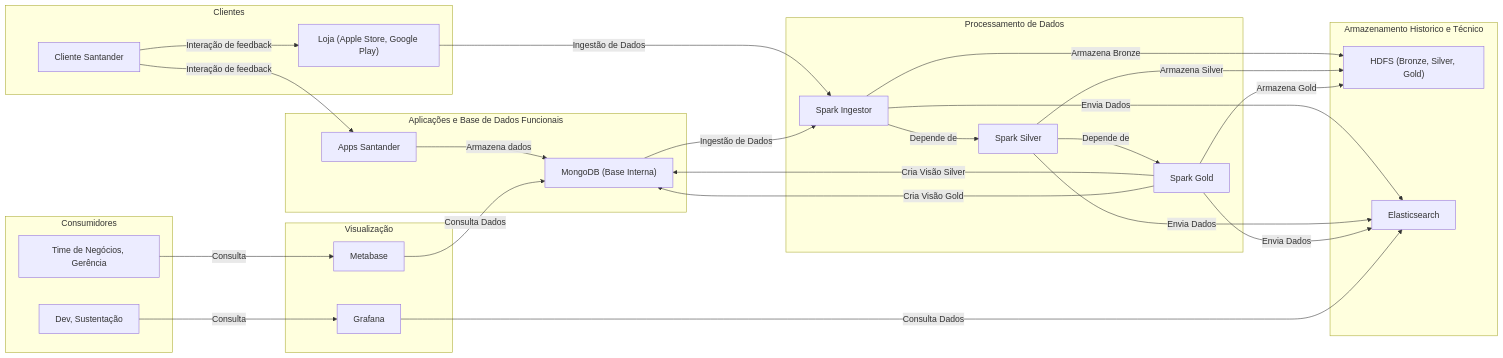
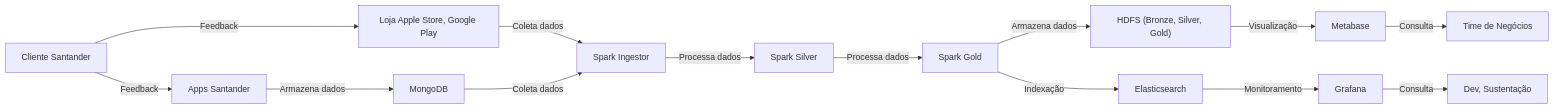
One commit to gacarvalho/compass-deployment changed the second of 2 diagrams in README.md. Above: the diagram before and after it, drawn with Mermaid. The commit also changed other lines of this file, not shown here.

````diff
--- a/README.md
+++ b/README.md
@@ -77,62 +97,17 @@
 ```mermaid
 graph LR;
-    
-    subgraph Clientes
-        A["Cliente Santander"] 
-        D["Loja (Apple Store, Google Play)"]
-    end
-
-    subgraph Aplicações e Base de Dados Funcionais
-        B["Apps Santander"]
-        C["MongoDB (Base Interna)"]
-    end
-
-    subgraph Processamento de Dados
-        E["Spark Ingestor"]
-        G["Spark Silver"]
-        H["Spark Gold"]
-    end
-
-    subgraph Armazenamento Historico e Técnico
-        F["HDFS (Bronze, Silver, Gold)"]
-        J["Elasticsearch"]
-    end
-
-    subgraph Visualização
-        I["Metabase"]
-        K["Grafana"]
-    end
-
-    subgraph Consumidores
-        L["Time de Negócios, Gerência"]
-        M["Dev, Sustentação"]
-    end
-
-    %% Fluxo de Dados
-    A -->|Interação de feedback| B
-    A -->|Interação de feedback| D
-    B -->|Armazena dados| C
-    D -->|Ingestão de Dados| E
-    C -->|Ingestão de Dados| E
-    E -->|Armazena Bronze| F
-    E -->|Depende de| G
-    E -->|Envia Dados| J
-
-    G -->|Armazena Silver| F
-    G -->|Depende de| H
-    G -->|Envia Dados| J
-
-    H -->|Armazena Gold| F
-    H -->|Cria Visão Silver| C
-    H -->|Cria Visão Gold| C
-    H -->|Envia Dados| J
-
-    I -->|Consulta Dados| C
-    K -->|Consulta Dados| J
-
-    L -->|Consulta| I
-    M -->|Consulta| K
-
-
+    A[Cliente Santander] -->|Feedback| B[Apps Santander]
+    A -->|Feedback| C[Loja Apple Store, Google Play]
+    B -->|Armazena dados| D[MongoDB]
+    C -->|Coleta dados| E[Spark Ingestor]
+    D -->|Coleta dados| E[Spark Ingestor]
+    E -->|Processa dados| F[Spark Silver]
+    F -->|Processa dados| G[Spark Gold]
+    G -->|Armazena dados| H["HDFS (Bronze, Silver, Gold)"]
+    G -->|Indexação| I[Elasticsearch]
+    H -->|Visualização| J[Metabase]
+    I -->|Monitoramento| K[Grafana]
+    J -->|Consulta| L[Time de Negócios]
+    K -->|Consulta| M[Dev, Sustentação]
 
 ```
````
